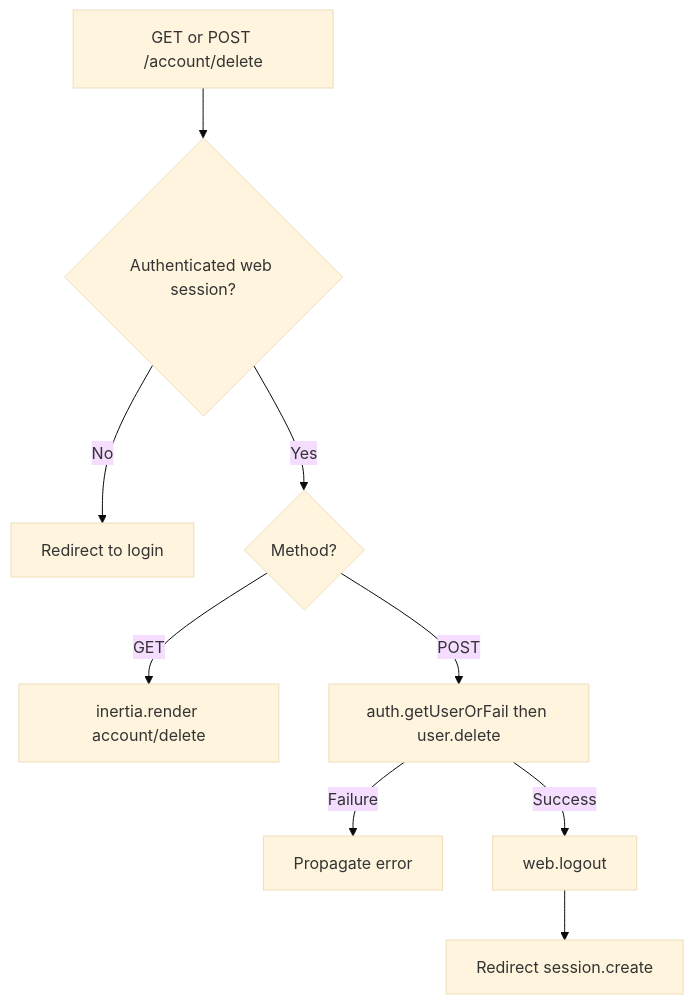
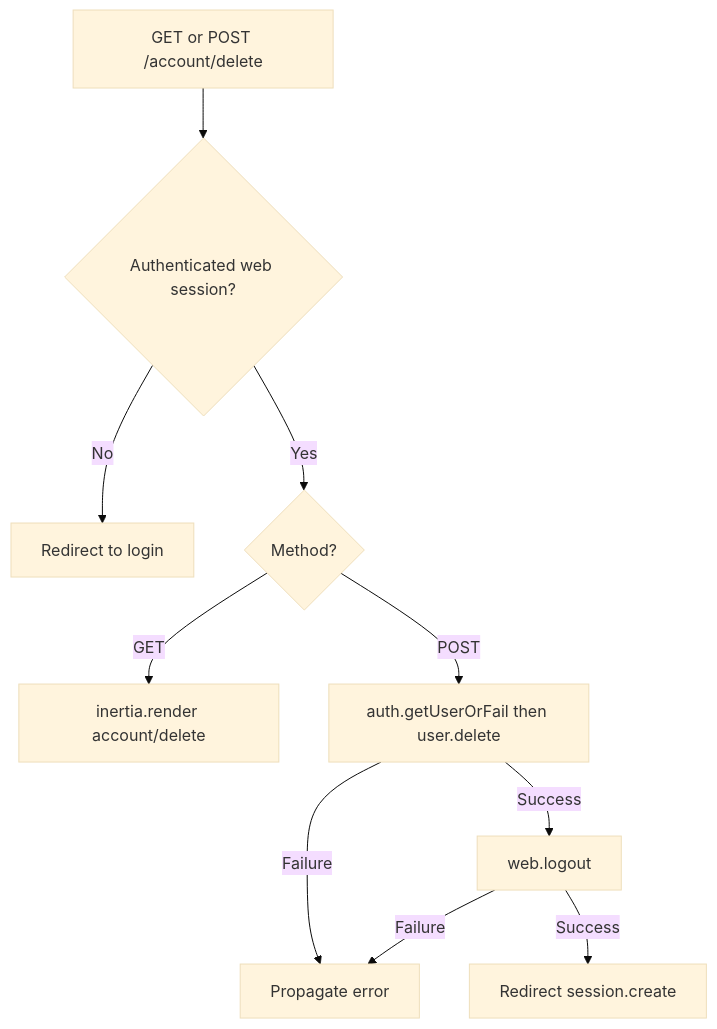
One commit to Kevinjohn/oss-adonisjs-lucid-soft-delete changed the second of 2 diagrams in user-stories/example-apps/us-demo-08-inertia-delete.md. Above: the diagram before and after it, drawn with Mermaid (base theme). The commit also changed other lines of this file and 6 other files, not shown here.

````diff
--- a/user-stories/example-apps/us-demo-08-inertia-delete.md
+++ b/user-stories/example-apps/us-demo-08-inertia-delete.md
@@ -32,10 +34,12 @@
 ```mermaid
 flowchart TD
     A["GET or POST /account/delete"] --> B{"Authenticated web session?"}
     B -->|No| C["Redirect to login"]
     B -->|Yes| D{"Method?"}
     D -->|GET| E["inertia.render account/delete"]
     D -->|POST| F["auth.getUserOrFail then user.delete"]
     F -->|Failure| X["Propagate error"]
-    F -->|Success| G["web.logout"] --> H["Redirect session.create"]
+    F -->|Success| G["web.logout"]
+    G -->|Failure| X
+    G -->|Success| H["Redirect session.create"]
 ```
````
